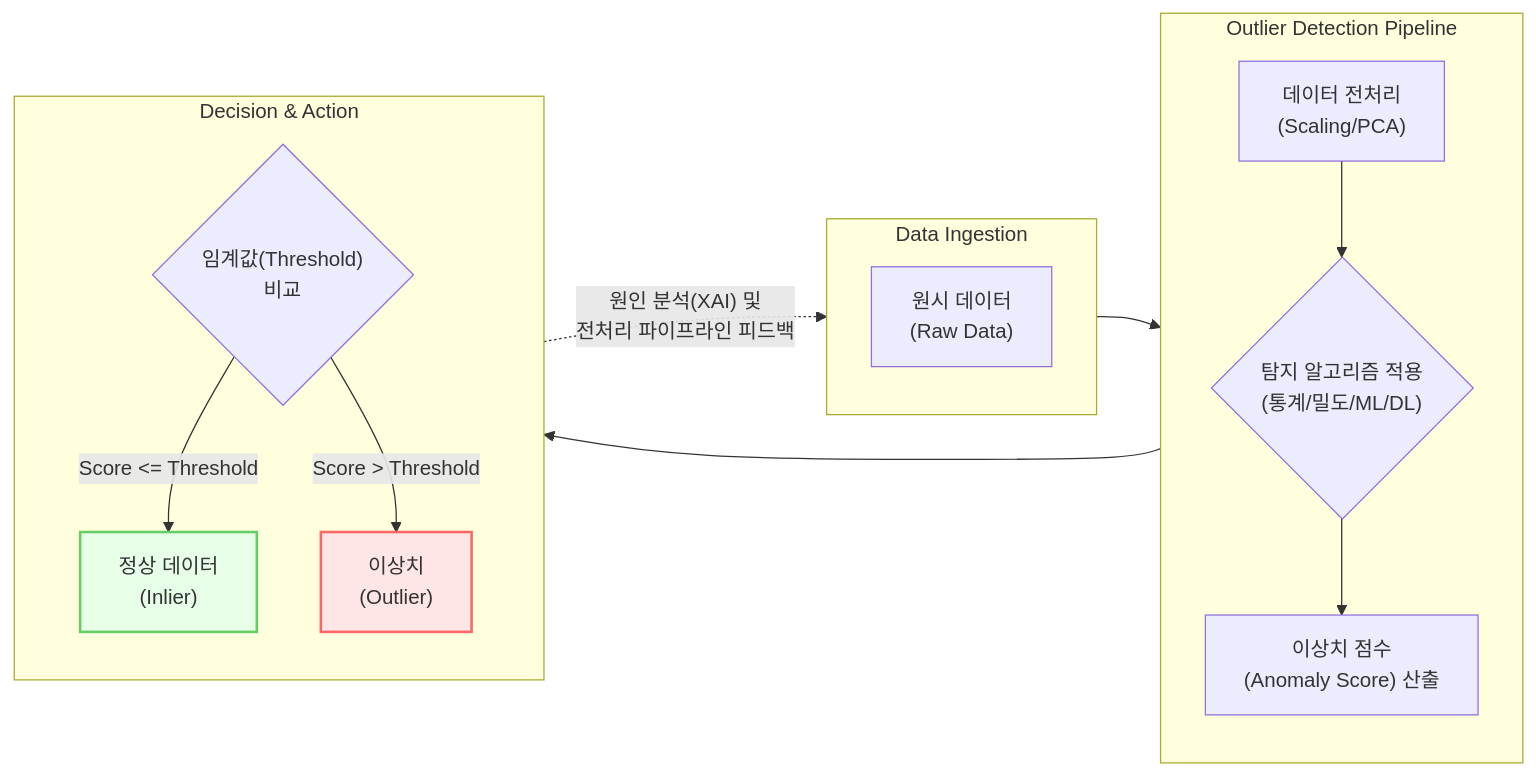
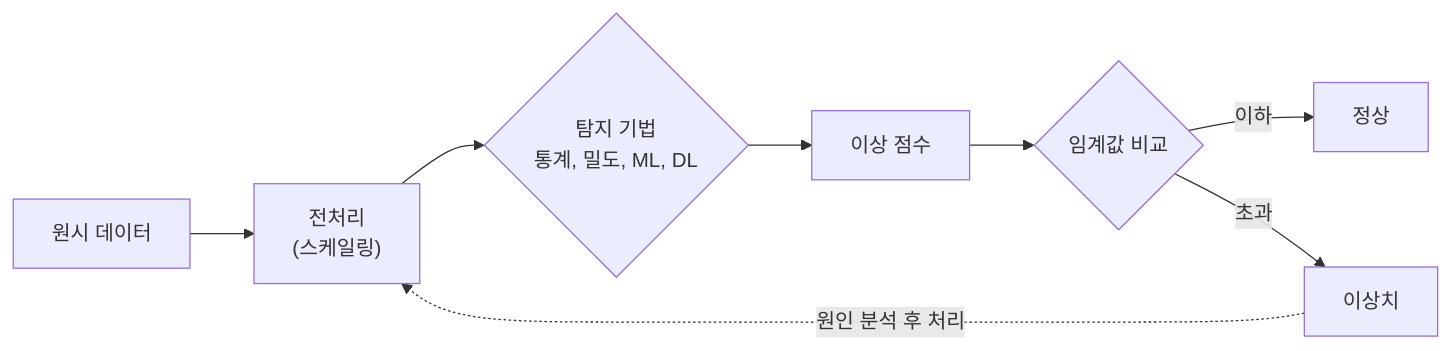
The diagram in content/01_IT Tech/이상치.md (supremethumb/supremethumb.github.io), drawn with Mermaid before and after one commit. The commit also changed other lines of this file and 1087 other files, not shown here.

````diff
--- a/content/01_IT Tech/이상치.md
+++ b/content/01_IT Tech/이상치.md
@@ -27,34 +35,10 @@
 ```mermaid
 flowchart LR
-    subgraph Data["Data Ingestion"]
-        direction TB
-        Raw["원시 데이터<br/>(Raw Data)"]
-    end
-
-    subgraph Processing["Outlier Detection Pipeline"]
-        direction TB
-        Pre["데이터 전처리<br/>(Scaling/PCA)"]
-        Alg{"탐지 알고리즘 적용<br/>(통계/밀도/ML/DL)"}
-        Score["이상치 점수<br/>(Anomaly Score) 산출"]
-        
-        Pre --> Alg --> Score
-    end
-
-    subgraph Decision["Decision & Action"]
-        direction TB
-        Thres{"임계값(Threshold)<br/>비교"}
-        Inlier["정상 데이터<br/>(Inlier)"]
-        Outlier["이상치<br/>(Outlier)"]
-        
-        Score --> Thres
-        Thres -- "Score <= Threshold" --> Inlier
-        Thres -- "Score > Threshold" --> Outlier
-    end
-    
-    Raw --> Pre
-    Outlier -. "원인 분석(XAI) 및<br/>전처리 파이프라인 피드백" .-> Raw
-    
-    style Outlier fill:#ffe6e6,stroke:#ff6666,stroke-width:2px
-    style Inlier fill:#e6ffe6,stroke:#66cc66,stroke-width:2px
-
+    RAW["원시 데이터"] --> PRE["전처리<br/>(스케일링)"]
+    PRE --> ALG{"탐지 기법<br/>통계, 밀도, ML, DL"}
+    ALG --> SC["이상 점수"]
+    SC --> TH{"임계값 비교"}
+    TH -- "이하" --> IN["정상"]
+    TH -- "초과" --> OUT["이상치"]
+    OUT -. "원인 분석 후 처리" .-> PRE
 ```
````
